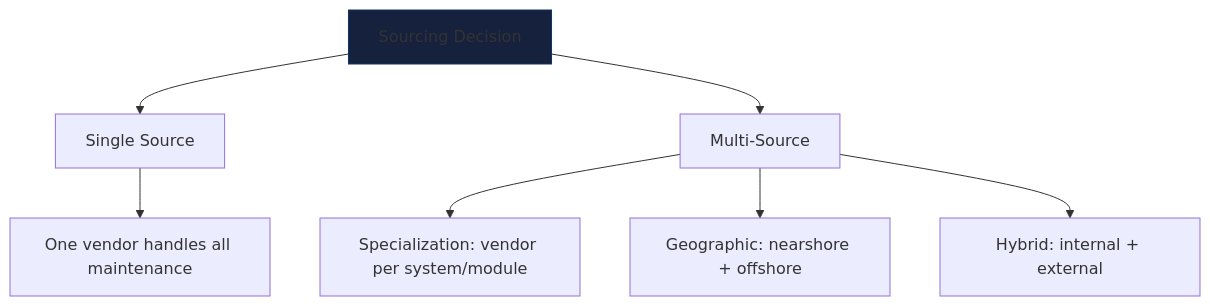
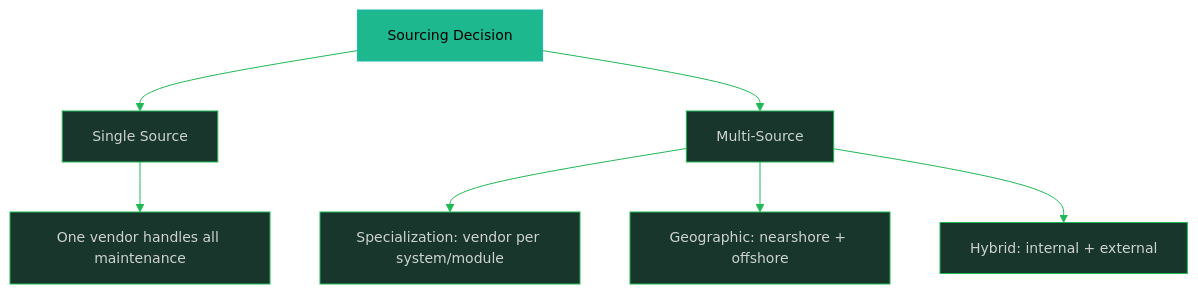
Before and after one commit to oat431/swe-knowledge: the seventh of 8 diagrams in software-engineering-note/07_Software_Maintenance/08_Maintenance_Processes_and_Staffing.md, drawn with Mermaid. The commit also changed other lines of this file and 10 other files, not shown here.

````diff
--- a/software-engineering-note/07_Software_Maintenance/08_Maintenance_Processes_and_Staffing.md
+++ b/software-engineering-note/07_Software_Maintenance/08_Maintenance_Processes_and_Staffing.md
@@ -373,12 +379,13 @@
 ```mermaid
+%%{init: {'theme':'base','themeVariables':{'primaryColor':'#19362D','primaryTextColor':'#CDD3D1','primaryBorderColor':'#1FB854','lineColor':'#1FB854','secondaryColor':'#161212','tertiaryColor':'#1B1717','background':'#1B1717','mainBkg':'#19362D','nodeBorder':'#1FB854','clusterBkg':'#161212','clusterBorder':'#19362D','titleColor':'#1FB854','edgeLabelBackground':'#161212','fontSize':'14px'}}}%%
 graph TD
     S[Sourcing Decision] --> SS[Single Source]
     S --> MS[Multi-Source]
     
     SS --> ONE[One vendor handles all maintenance]
     MS --> SPEC[Specialization: vendor per system/module]
     MS --> GEO[Geographic: nearshore + offshore]
     MS --> HYB[Hybrid: internal + external]
     
-    style S fill:#16213e,stroke:#0f3460
+    style S fill:#1EB88E,stroke:#1FB8AB,color:#000000
 ```
````
